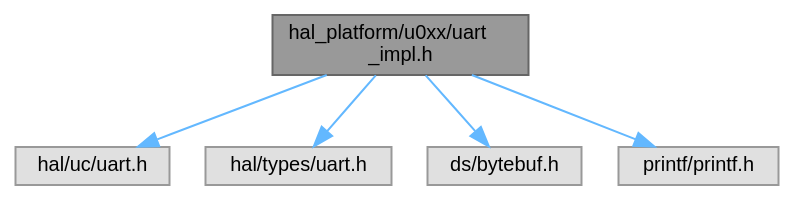
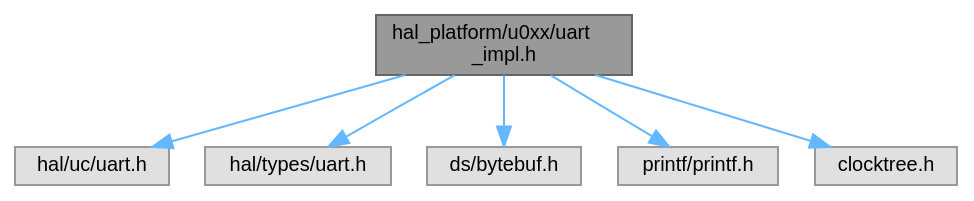
One commit to ebs-universe/piolib-hal-uc-stm32 changed the diagram in u0xx_2uart__impl_8h__incl.dot. Above: the diagram before and after it, drawn with Graphviz. The commit also changed 468 other files, not shown here.

```diff
--- a/u0xx_2uart__impl_8h__incl.dot
+++ b/u0xx_2uart__impl_8h__incl.dot
@@ -1,17 +1,19 @@
 digraph "hal_platform/u0xx/uart_impl.h"
 {
  // INTERACTIVE_SVG=YES
  // LATEX_PDF_SIZE
   bgcolor="transparent";
   edge [fontname=Helvetica,fontsize=10,labelfontname=Helvetica,labelfontsize=10];
   node [fontname=Helvetica,fontsize=10,shape=box,height=0.2,width=0.4];
   Node1 [id="Node000001",label="hal_platform/u0xx/uart\l_impl.h",height=0.2,width=0.4,color="gray40", fillcolor="grey60", style="filled", fontcolor="black",tooltip=" "];
   Node1 -> Node2 [id="edge1_Node000001_Node000002",color="steelblue1",style="solid",tooltip=" "];
   Node2 [id="Node000002",label="hal/uc/uart.h",height=0.2,width=0.4,color="grey60", fillcolor="#E0E0E0", style="filled",tooltip=" "];
   Node1 -> Node3 [id="edge2_Node000001_Node000003",color="steelblue1",style="solid",tooltip=" "];
   Node3 [id="Node000003",label="hal/types/uart.h",height=0.2,width=0.4,color="grey60", fillcolor="#E0E0E0", style="filled",tooltip=" "];
   Node1 -> Node4 [id="edge3_Node000001_Node000004",color="steelblue1",style="solid",tooltip=" "];
   Node4 [id="Node000004",label="ds/bytebuf.h",height=0.2,width=0.4,color="grey60", fillcolor="#E0E0E0", style="filled",tooltip=" "];
   Node1 -> Node5 [id="edge4_Node000001_Node000005",color="steelblue1",style="solid",tooltip=" "];
   Node5 [id="Node000005",label="printf/printf.h",height=0.2,width=0.4,color="grey60", fillcolor="#E0E0E0", style="filled",tooltip=" "];
+  Node1 -> Node6 [id="edge5_Node000001_Node000006",color="steelblue1",style="solid",tooltip=" "];
+  Node6 [id="Node000006",label="clocktree.h",height=0.2,width=0.4,color="grey60", fillcolor="#E0E0E0", style="filled",tooltip=" "];
 }
```
